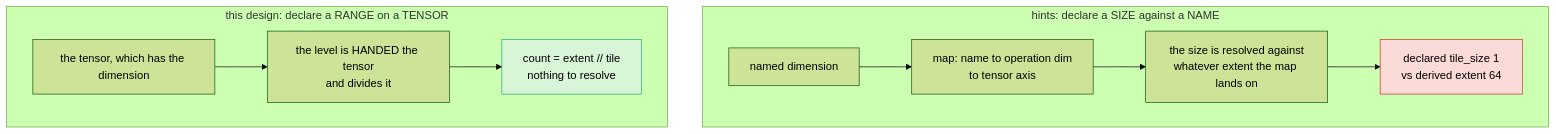
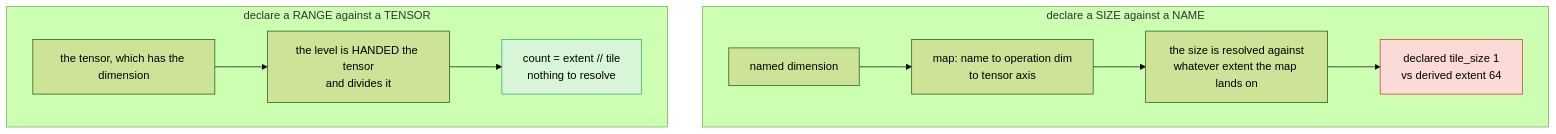
The second of 3 diagrams in docs/source/compiler/symbolic_shapes_review_three_questions.md (Vivek1258/torch-spyre), drawn with Mermaid (forest theme) before and after one commit. The commit also changed other lines of this file, not shown here.

````diff
--- a/docs/source/compiler/symbolic_shapes_review_three_questions.md
+++ b/docs/source/compiler/symbolic_shapes_review_three_questions.md
@@ -140,16 +150,16 @@
 ```mermaid
 flowchart TB
-    subgraph OLD["hints: declare a SIZE against a NAME"]
+    subgraph OLD["declare a SIZE against a NAME"]
         N["named dimension"] --> M["map: name to operation dim<br/>to tensor axis"]
         M --> X["the size is resolved against<br/>whatever extent the map lands on"]
         X --> BAD["declared tile_size 1<br/>vs derived extent 64"]
     end
 
-    subgraph NEW["this design: declare a RANGE on a TENSOR"]
+    subgraph NEW["declare a RANGE against a TENSOR"]
         T["the tensor, which has the dimension"] --> L["the level is HANDED the tensor<br/>and divides it"]
         L --> GOOD["count = extent // tile<br/>nothing to resolve"]
     end
 
     style BAD fill:#fadbd8,stroke:#c0392b
     style GOOD fill:#d8f5d8,stroke:#2a7
 ```
````
